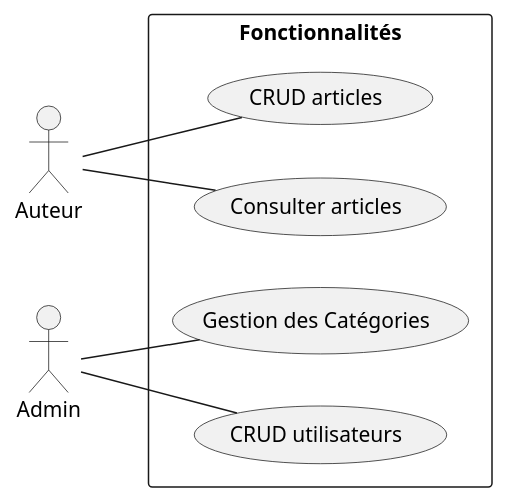
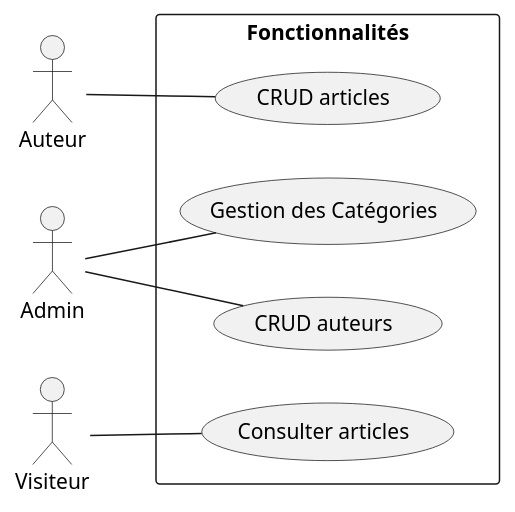
The diagram in Analyse/casUtilisation.puml (samiaBoug/Ma-trise-d-Eloquent-ORM), drawn with PlantUML before and after one commit.

Commit message:
cas d'utilisation

```diff
--- a/Analyse/casUtilisation.puml
+++ b/Analyse/casUtilisation.puml
@@ -1,20 +1,26 @@
 @startuml
 left to right direction
 actor "Auteur" as fc
 actor "Admin" as admin
+actor "Visiteur" as visiteur
 rectangle "Fonctionnalités" {
   usecase "CRUD articles" as UC1
-  usecase "Consulter articles" as UC2
+ 
  
   usecase "Gestion des Catégories" as UC3 
-  usecase "CRUD utilisateurs" as UC4
+  usecase "CRUD auteurs" as UC4
+
+   usecase "Consulter articles" as UC2
+
+
+  
 
 }
 fc -- UC1
-fc -- UC2
+visiteur -- UC2
 
 admin -- UC3
 admin -- UC4
 
 
 @enduml
```
